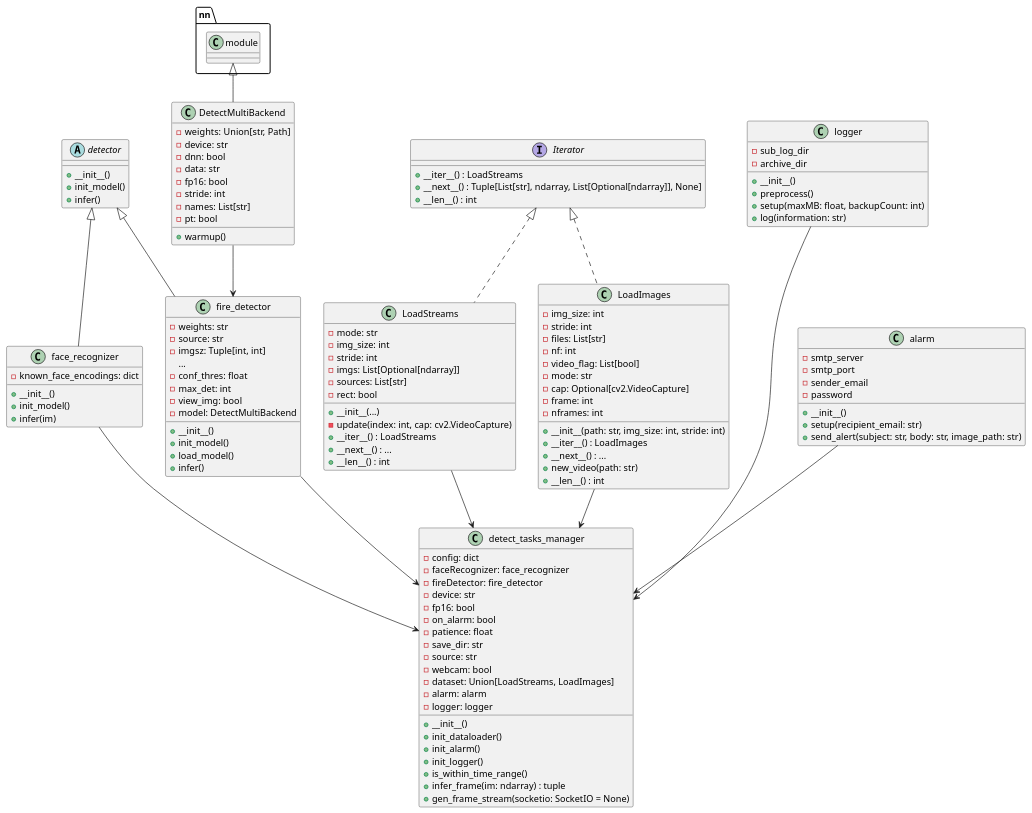
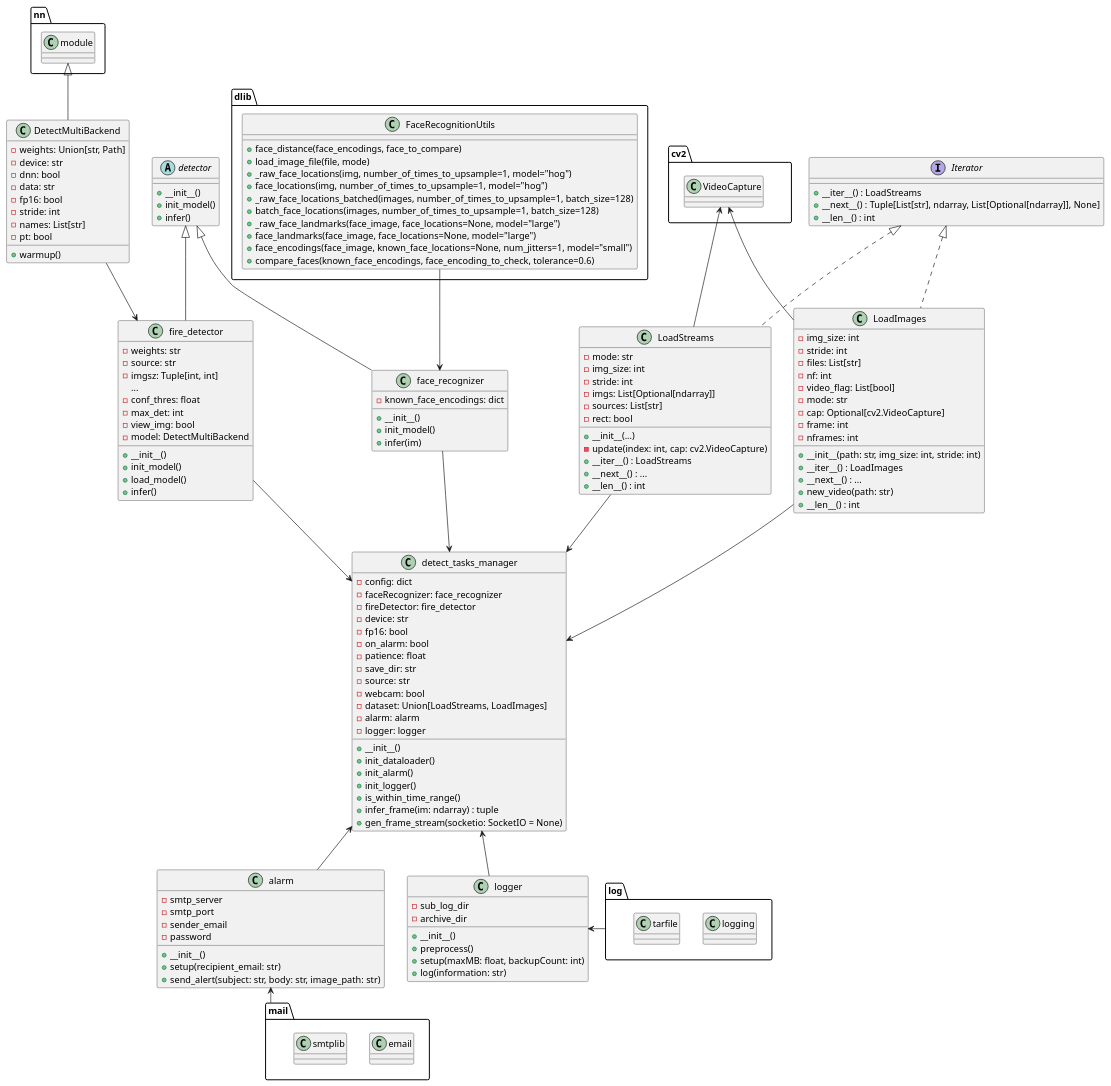
One commit to stan-maze/Home-Security-Surveillance changed the diagram in UML图表/类图.plantuml. Above: the diagram before and after it, drawn with PlantUML. The commit also changed 22 other files, not shown here.

Commit message:
添加了一些注释，更新了图片

```diff
--- a/UML图表/类图.plantuml
+++ b/UML图表/类图.plantuml
@@ -57,6 +57,20 @@
   - pt: bool
   + warmup()
 }
+
+class dlib.FaceRecognitionUtils {
+    + face_distance(face_encodings, face_to_compare)
+    + load_image_file(file, mode)
+    + _raw_face_locations(img, number_of_times_to_upsample=1, model="hog")
+    + face_locations(img, number_of_times_to_upsample=1, model="hog")
+    + _raw_face_locations_batched(images, number_of_times_to_upsample=1, batch_size=128)
+    + batch_face_locations(images, number_of_times_to_upsample=1, batch_size=128)
+    + _raw_face_landmarks(face_image, face_locations=None, model="large")
+    + face_landmarks(face_image, face_locations=None, model="large")
+    + face_encodings(face_image, known_face_locations=None, num_jitters=1, model="small")
+    + compare_faces(known_face_encodings, face_encoding_to_check, tolerance=0.6)
+}
+
 
 class face_recognizer {
   - known_face_encodings: dict
@@ -149,23 +163,40 @@
   + log(information: str)
 }
 
+class cv2.VideoCapture  {}
+
+package mail {
+  class email
+  class smtplib
+}
+
+package log {
+  class logging
+  class tarfile
+}
 
 
 DetectMultiBackend --> fire_detector
-
+dlib.FaceRecognitionUtils --> face_recognizer
 detector <|-- fire_detector
 detector <|-- face_recognizer
 
 Iterator <|.. LoadStreams
 Iterator <|.. LoadImages
 
+cv2.VideoCapture  <-- LoadStreams
+cv2.VideoCapture  <-- LoadImages
+cv2.VideoCapture <-[hidden]r- Iterator
+
 face_recognizer --> detect_tasks_manager
 LoadImages --> detect_tasks_manager
 LoadStreams --> detect_tasks_manager
-alarm --> detect_tasks_manager
-logger --> detect_tasks_manager
-logger -[hidden]-> alarm
+alarm -u-> detect_tasks_manager
+mail -up-> alarm
+logger -u-> detect_tasks_manager
+logger -[hidden]u-> alarm
 fire_detector --> detect_tasks_manager
-
-
+log -left-> logger
+alarm -[hidden]right-> logger
+cv2 -[hidden]left-> Iterator
 @enduml
```
